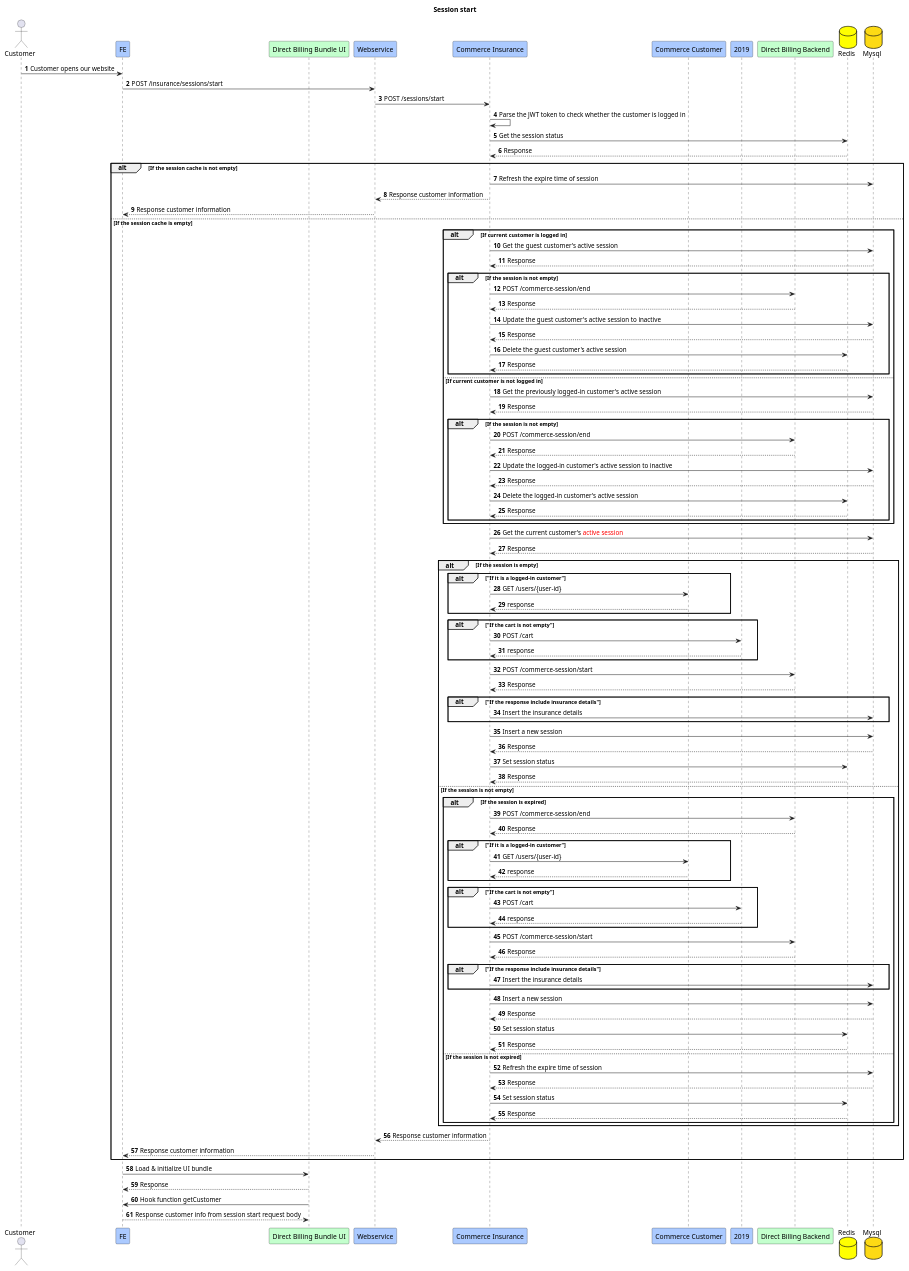
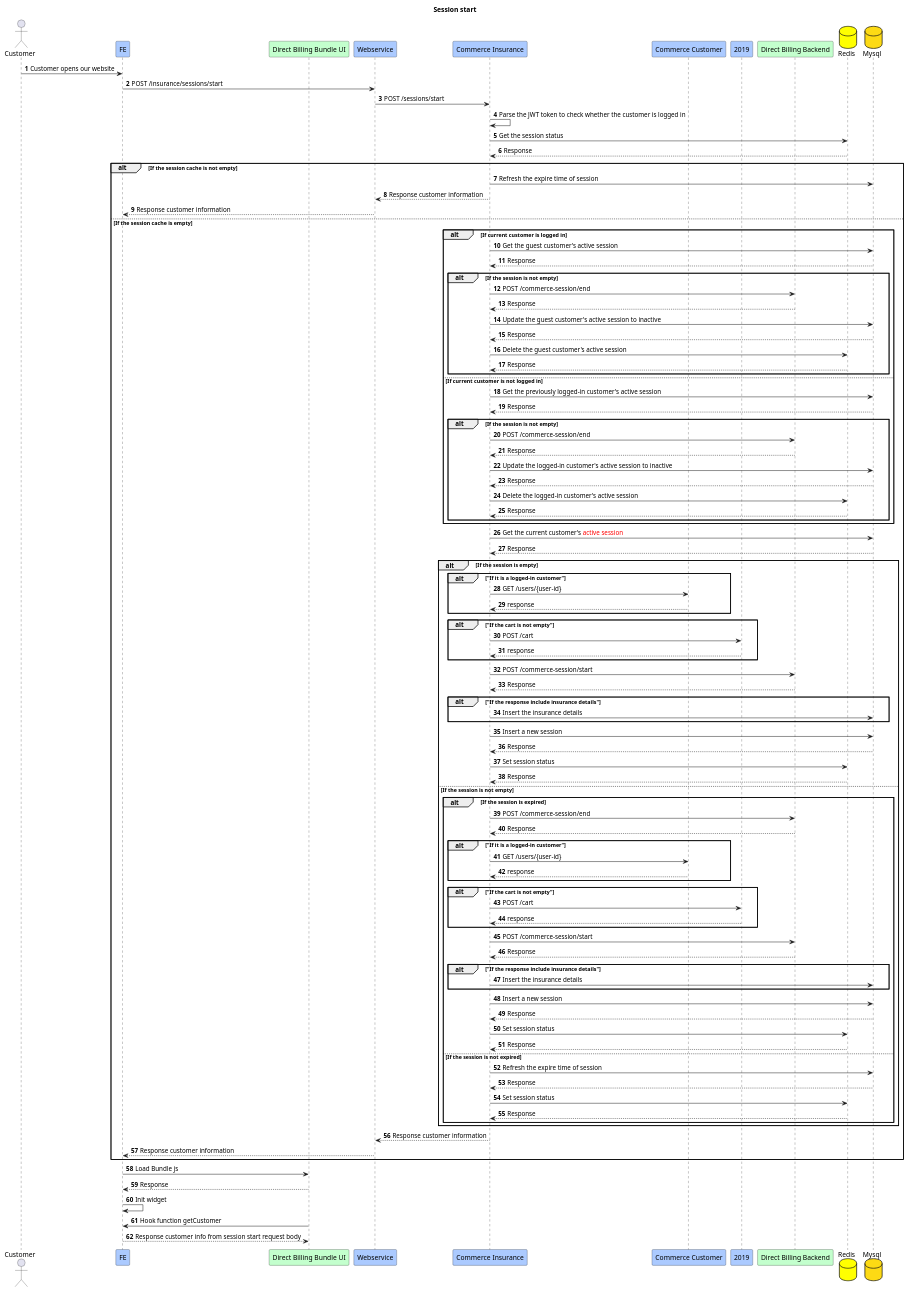
The diagram in 1.Customer session start.puml (Jayounger/EyeMed-Sequence-Diagram), drawn with PlantUML before and after one commit. The commit also changed 2 other files, not shown here.

```diff
--- a/1.Customer session start.puml
+++ b/1.Customer session start.puml
@@ -1,110 +1,111 @@
 @startuml
 title Session start
 actor Customer
 participant FE #abcaff
 participant "Direct Billing Bundle UI" #c3ffcd
 participant "Webservice" #abcaff
 participant "Commerce Insurance" #abcaff
 participant "Commerce Customer" #abcaff
 participant "2019" #abcaff
 participant "Direct Billing Backend" #c3ffcd
 database "Redis" #yellow
 database "Mysql" #fdda14
 
 autonumber
 Customer -> FE:Customer opens our website
 FE -> "Webservice":POST /insurance/sessions/start
 "Webservice" -> "Commerce Insurance":POST /sessions/start
 "Commerce Insurance" -> "Commerce Insurance":Parse the JWT token to check whether the customer is logged in
 "Commerce Insurance" -> "Redis":Get the session status
 "Redis" --> "Commerce Insurance":Response
 alt If the session cache is not empty
     "Commerce Insurance" -> "Mysql":Refresh the expire time of session
     "Commerce Insurance" --> "Webservice":Response customer information
     "Webservice" --> FE:Response customer information
 else If the session cache is empty
 
 '    Start verify whether the previous account has ended the session
     alt If current customer is logged in
         "Commerce Insurance" -> "Mysql":Get the guest customer's active session
         "Mysql" --> "Commerce Insurance":Response
         alt If the session is not empty
             "Commerce Insurance" -> "Direct Billing Backend":POST /commerce-session/end
             "Direct Billing Backend" --> "Commerce Insurance":Response
             "Commerce Insurance" -> "Mysql":Update the guest customer's active session to inactive
             "Mysql" --> "Commerce Insurance":Response
             "Commerce Insurance" -> "Redis":Delete the guest customer's active session
             "Redis" --> "Commerce Insurance":Response
         end
     else If current customer is not logged in
         "Commerce Insurance" -> "Mysql":Get the previously logged-in customer's active session
         "Mysql" --> "Commerce Insurance":Response
         alt If the session is not empty
             "Commerce Insurance" -> "Direct Billing Backend":POST /commerce-session/end
             "Direct Billing Backend" --> "Commerce Insurance":Response
             "Commerce Insurance" -> "Mysql":Update the logged-in customer's active session to inactive
             "Mysql" --> "Commerce Insurance":Response
             "Commerce Insurance" -> "Redis":Delete the logged-in customer's active session
             "Redis" --> "Commerce Insurance":Response
         end
     end
 '    End verify whether the previous account has ended the session
 
     "Commerce Insurance" -> "Mysql":Get the current customer's <font color=red>active session
     "Mysql" --> "Commerce Insurance":Response
     alt If the session is empty
         alt "If it is a logged-in customer"
            "Commerce Insurance" -> "Commerce Customer":GET /users/{user-id}
            "Commerce Customer" --> "Commerce Insurance":response
         end
         alt "If the cart is not empty"
            "Commerce Insurance" -> 2019:POST /cart
            2019 --> "Commerce Insurance":response
         end
         "Commerce Insurance" -> "Direct Billing Backend":POST /commerce-session/start
         "Direct Billing Backend" --> "Commerce Insurance":Response
         alt "If the response include insurance details"
             "Commerce Insurance" -> "Mysql":Insert the insurance details
         end
         "Commerce Insurance" -> "Mysql":Insert a new session
         "Mysql" --> "Commerce Insurance":Response
         "Commerce Insurance" -> "Redis":Set session status
         "Redis" --> "Commerce Insurance":Response
     else If the session is not empty
         alt If the session is expired
             "Commerce Insurance" -> "Direct Billing Backend":POST /commerce-session/end
             "Direct Billing Backend" --> "Commerce Insurance":Response
             alt "If it is a logged-in customer"
                "Commerce Insurance" -> "Commerce Customer":GET /users/{user-id}
                "Commerce Customer" --> "Commerce Insurance":response
             end
             alt "If the cart is not empty"
                "Commerce Insurance" -> 2019:POST /cart
                2019 --> "Commerce Insurance":response
             end
             "Commerce Insurance" -> "Direct Billing Backend":POST /commerce-session/start
             "Direct Billing Backend" --> "Commerce Insurance":Response
             alt "If the response include insurance details"
                 "Commerce Insurance" -> "Mysql":Insert the insurance details
             end
             "Commerce Insurance" -> "Mysql":Insert a new session
             "Mysql" --> "Commerce Insurance":Response
             "Commerce Insurance" -> "Redis":Set session status
             "Redis" --> "Commerce Insurance":Response
         else If the session is not expired
             "Commerce Insurance" -> "Mysql":Refresh the expire time of session
             "Mysql" --> "Commerce Insurance":Response
             "Commerce Insurance" -> "Redis":Set session status
             "Redis" --> "Commerce Insurance":Response
         end
     end
     "Commerce Insurance" --> "Webservice":Response customer information
 
      "Webservice" --> FE:Response customer information
 end
-FE -> "Direct Billing Bundle UI":Load & initialize UI bundle
+FE -> "Direct Billing Bundle UI":Load Bundle js
 "Direct Billing Bundle UI" --> FE:Response
+FE -> FE: Init widget
 "Direct Billing Bundle UI" -> FE: Hook function getCustomer
 FE --> "Direct Billing Bundle UI":Response customer info from session start request body
 
 @enduml
```
